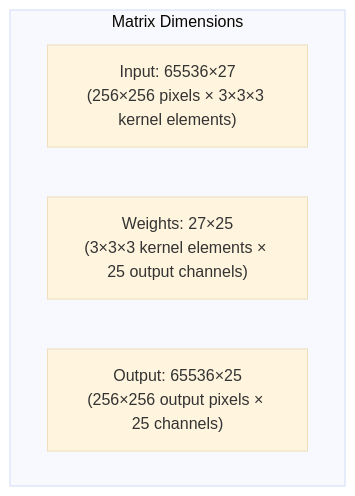
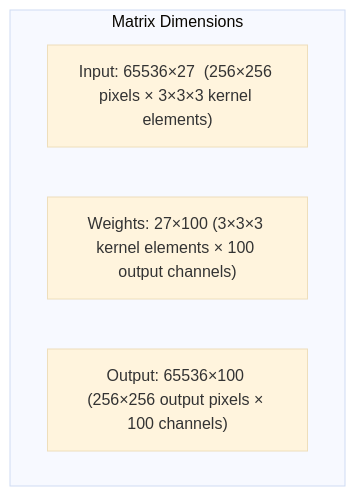
One commit to branes-ai/graphs changed the third of 3 diagrams in im2col.md. Above: the diagram before and after it, drawn with Mermaid (base theme). The commit also changed other lines of this file, not shown here.

Commit message:
changing 25 output channels to 100 output channels so it is more unique and recognizable

````diff
--- a/im2col.md
+++ b/im2col.md
@@ -46,9 +46,9 @@
 ```mermaid
 graph TD    
     subgraph "Matrix Dimensions"
-        T["Input: 65536×27\n(256×256 pixels × 3×3×3 kernel elements)"]
-        U["Weights: 27×25\n(3×3×3 kernel elements × 25 output channels)"]
-        V["Output: 65536×25\n(256×256 output pixels × 25 channels)"]
+        T["Input: 65536×27  (256×256 pixels × 3×3×3 kernel elements)"]
+        U["Weights: 27×100 (3×3×3 kernel elements × 100 output channels)"]
+        V["Output: 65536×100 (256×256 output pixels × 100 channels)"]
     end
 
 ```
````
